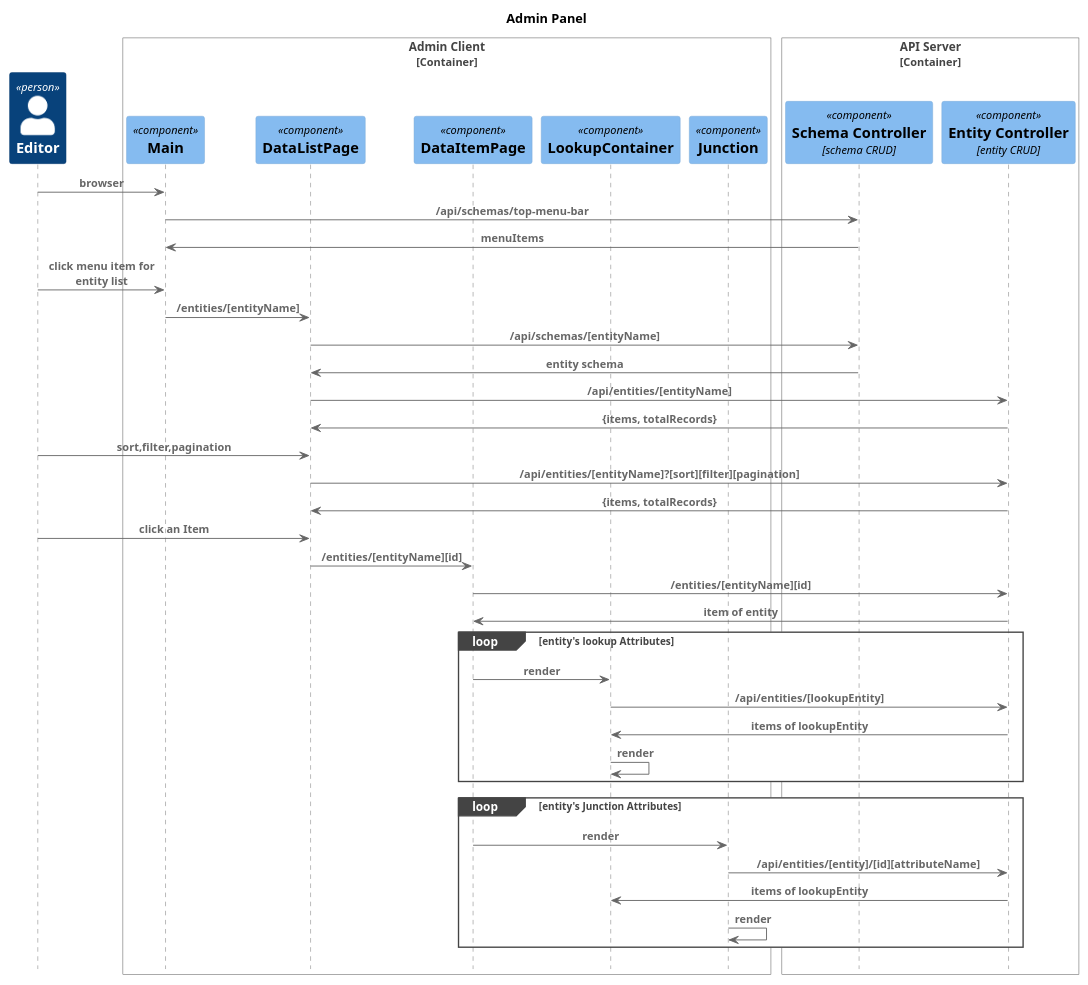
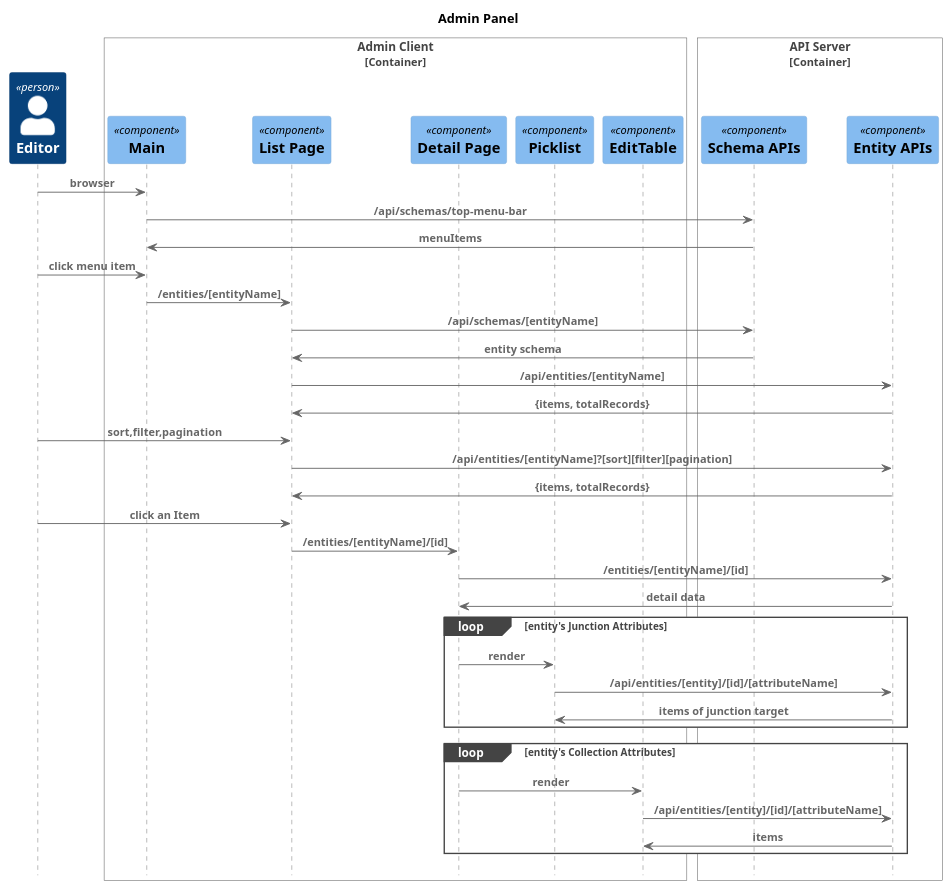
One commit to vpstarweb/formcms changed the diagram in doc/diagrams/admin-panel-sequence.puml. Above: the diagram before and after it, drawn with PlantUML. The commit also changed 23 other files, not shown here.

```diff
--- a/doc/diagrams/admin-panel-sequence.puml
+++ b/doc/diagrams/admin-panel-sequence.puml
@@ -1,51 +1,54 @@
 @startuml
 !include https://raw.githubusercontent.com/plantuml-stdlib/C4-PlantUML/master/C4_Sequence.puml
 '!include ../../../C4-PlantUML/C4_Sequence.puml
 title Admin Panel
 
 Person(editor, Editor, "Manage content")
 
 Container_Boundary(client,"Admin Client", "dd", "")
 Component(app, "Main", "", "")
-Component(dataListPage, "DataListPage", "", "")
-Component(dataItemPage, "DataItemPage", "", "")
-Component(lookupContainer, "LookupContainer", "", "")
-Component(junction, "Junction", "", "")
+Component(listPage, "List Page", "", "")
+Component(detailPage, "Detail Page", "", "")
+Component(picklist, "Picklist", "", "")
+Component(editTable, "EditTable", "", "")
 Boundary_End()
 
 Container_Boundary(apiServer,"API Server")
-Component(schemaController, "Schema Controller", "schema CRUD", "")
-Component(entityController, "Entity Controller", "entity CRUD", "")
+Component(schemaAPIs, "Schema APIs", "", "")
+Component(entityAPIs, "Entity APIs", "", "")
 Boundary_End()
 
 Rel(editor, app,"browser","")
-Rel(app, schemaController, "/api/schemas/top-menu-bar","")
-Rel(schemaController, app, "menuItems","")
+Rel(app, schemaAPIs, "/api/schemas/top-menu-bar","")
+Rel(schemaAPIs, app, "menuItems","")
 
-Rel(editor, app,"click menu item for entity list","")
-Rel(app, dataListPage,"/entities/[entityName]","")
-Rel(dataListPage, schemaController, "/api/schemas/[entityName]","")
-Rel(schemaController, dataListPage, "entity schema","")
-Rel(dataListPage, entityController, "/api/entities/[entityName]","")
-Rel(entityController, dataListPage, "{items, totalRecords}","")
-Rel(editor, dataListPage, "sort,filter,pagination","")
-Rel(dataListPage, entityController, "/api/entities/[entityName]?[sort][filter][pagination]","")
-Rel(entityController, dataListPage, "{items, totalRecords}","")
+Rel(editor, app,"click menu item","")
+Rel(app, listPage,"/entities/[entityName]","")
 
-Rel(editor, dataListPage, "click an Item","")
-Rel(dataListPage, dataItemPage, "/entities/[entityName][id]","")
-Rel(dataItemPage, entityController, "/entities/[entityName][id]","")
-Rel(entityController,dataItemPage, "item of entity","")
-loop entity's lookup Attributes
-    Rel(dataItemPage, lookupContainer,"render","")
-    Rel(lookupContainer, entityController,"/api/entities/[lookupEntity]","")
-    Rel(entityController, lookupContainer,"items of lookupEntity","")
-    Rel(lookupContainer, lookupContainer, "render","")
+Rel(listPage, schemaAPIs, "/api/schemas/[entityName]","")
+Rel(schemaAPIs, listPage, "entity schema","")
+
+Rel(listPage, entityAPIs, "/api/entities/[entityName]","")
+Rel(entityAPIs, listPage, "{items, totalRecords}","")
+
+Rel(editor, listPage, "sort,filter,pagination","")
+Rel(listPage, entityAPIs, "/api/entities/[entityName]?[sort][filter][pagination]","")
+Rel(entityAPIs, listPage, "{items, totalRecords}","")
+
+Rel(editor, listPage, "click an Item","")
+Rel(listPage, detailPage, "/entities/[entityName]/[id]","")
+Rel(detailPage, entityAPIs, "/entities/[entityName]/[id]","")
+Rel(entityAPIs,detailPage, "detail data","")
+
+loop entity's Junction Attributes
+    Rel(detailPage, picklist,"render","")
+    Rel(picklist, entityAPIs,"/api/entities/[entity]/[id]/[attributeName]","")
+    Rel(entityAPIs, picklist,"items of junction target","")
 end
-loop entity's Junction Attributes
-    Rel(dataItemPage, junction,"render","")
-    Rel(junction, entityController,"/api/entities/[entity]/[id][attributeName]","")
-    Rel(entityController, lookupContainer,"items of lookupEntity","")
-    Rel(junction, junction, "render","")
+
+loop entity's Collection Attributes
+    Rel(detailPage, editTable,"render","")
+    Rel(editTable, entityAPIs,"/api/entities/[entity]/[id]/[attributeName]","")
+    Rel(entityAPIs, editTable,"items","")
 end
 @enduml
```
